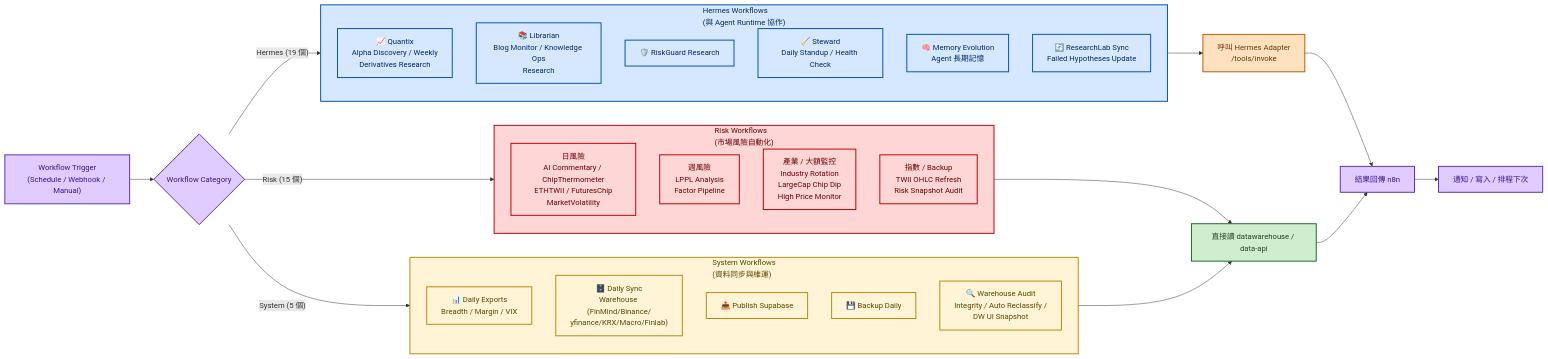
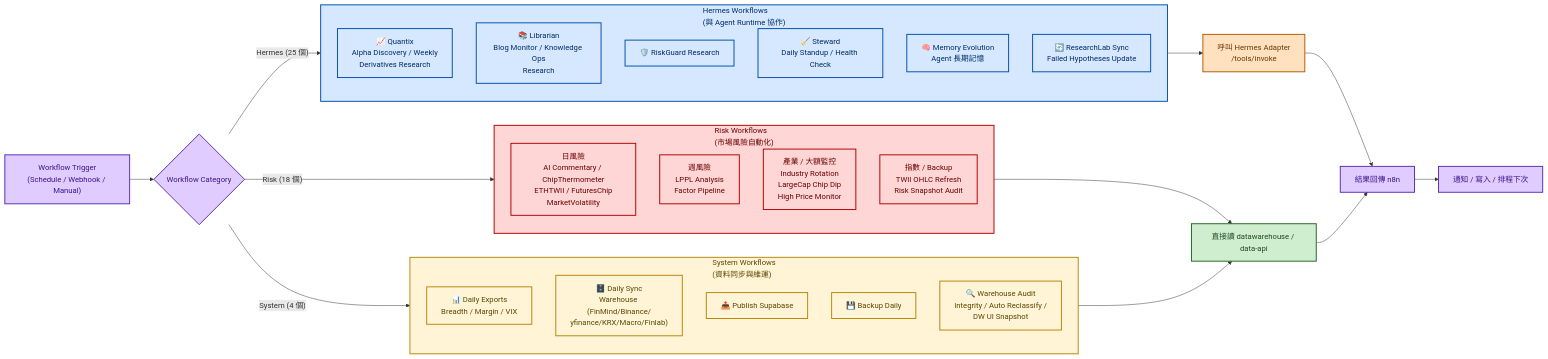
The fourth of 6 diagrams in flowcharts/services.md (Jang-jhih/quant-interview-prep), drawn with Mermaid before and after one commit. The commit also changed other lines of this file and 18 other files, not shown here.

````diff
--- a/flowcharts/services.md
+++ b/flowcharts/services.md
@@ -200,59 +243,59 @@
 ```mermaid
 %%{init: {'theme':'base', 'themeVariables': {'primaryColor':'#ececec','primaryTextColor':'#1a1a1a','primaryBorderColor':'#555555','lineColor':'#555555','secondaryColor':'#e0e0e0','tertiaryColor':'#f0f0f0','fontFamily':'"Noto Sans TC", "Microsoft JhengHei", sans-serif'}}}%%
 flowchart LR
     TRIGGER["Workflow Trigger<br/>(Schedule / Webhook / Manual)"] --> CAT{"Workflow Category"}
 
-    CAT -- "Hermes (19 個)" --> HERMES_WF
+    CAT -- "Hermes (25 個)" --> HERMES_WF
 
     subgraph HERMES_WF["Hermes Workflows<br/>(與 Agent Runtime 協作)"]
         direction TB
         HW1["📈 Quantix<br/>Alpha Discovery / Weekly<br/>Derivatives Research"]
         HW2["📚 Librarian<br/>Blog Monitor / Knowledge Ops<br/>Research"]
         HW3["🛡️ RiskGuard Research"]
         HW4["🧹 Steward<br/>Daily Standup / Health Check"]
         HW5["🧠 Memory Evolution<br/>Agent 長期記憶"]
         HW6["🔄 ResearchLab Sync<br/>Failed Hypotheses Update"]
     end
 
-    CAT -- "Risk (15 個)" --> RISK_WF
+    CAT -- "Risk (18 個)" --> RISK_WF
 
     subgraph RISK_WF["Risk Workflows<br/>(市場風險自動化)"]
         direction TB
         RW1["日風險<br/>AI Commentary / ChipThermometer<br/>ETHTWII / FuturesChip<br/>MarketVolatility"]
         RW2["週風險<br/>LPPL Analysis<br/>Factor Pipeline"]
         RW3["產業 / 大額監控<br/>Industry Rotation<br/>LargeCap Chip Dip<br/>High Price Monitor"]
         RW4["指數 / Backup<br/>TWII OHLC Refresh<br/>Risk Snapshot Audit"]
     end
 
-    CAT -- "System (5 個)" --> SYS_WF
+    CAT -- "System (4 個)" --> SYS_WF
 
     subgraph SYS_WF["System Workflows<br/>(資料同步與維運)"]
         direction TB
         SW1["📊 Daily Exports<br/>Breadth / Margin / VIX"]
         SW2["🗄️ Daily Sync<br/>Warehouse (FinMind/Binance/<br/>yfinance/KRX/Macro/Finlab)"]
         SW3["📤 Publish Supabase"]
         SW4["💾 Backup Daily"]
         SW5["🔍 Warehouse Audit<br/>Integrity / Auto Reclassify /<br/>DW UI Snapshot"]
     end
 
     HERMES_WF --> HERMES_CALL["呼叫 Hermes Adapter<br/>/tools/invoke"]
     RISK_WF --> DATA_CALL["直接讀 datawarehouse / data-api"]
     SYS_WF --> DATA_CALL
 
     HERMES_CALL --> RESPONSE["結果回傳 n8n"]
     DATA_CALL --> RESPONSE
     RESPONSE --> NOTIFY["通知 / 寫入 / 排程下次"]
 
     classDef loop fill:#d6e8ff,stroke:#0050aa,stroke-width:2px,color:#002b66;
     classDef eval fill:#ffd6d6,stroke:#b30000,stroke-width:2px,color:#6b0000;
     classDef highlight fill:#fff4d6,stroke:#b8860b,stroke-width:2px,color:#5c4500;
     classDef baseline fill:#e0ccff,stroke:#5a2eb8,stroke-width:2px,color:#3a1488;
     classDef branch fill:#ffe0bf,stroke:#b35a00,stroke-width:2px,color:#6b3a00;
     classDef finlab fill:#cfeecf,stroke:#226622,stroke-width:2px,color:#1f4a1f;
     class HERMES_WF,HW1,HW2,HW3,HW4,HW5,HW6 loop;
     class RISK_WF,RW1,RW2,RW3,RW4 eval;
     class SYS_WF,SW1,SW2,SW3,SW4,SW5 highlight;
     class TRIGGER,CAT,RESPONSE,NOTIFY baseline;
     class HERMES_CALL branch;
     class DATA_CALL finlab;
 ```
````
